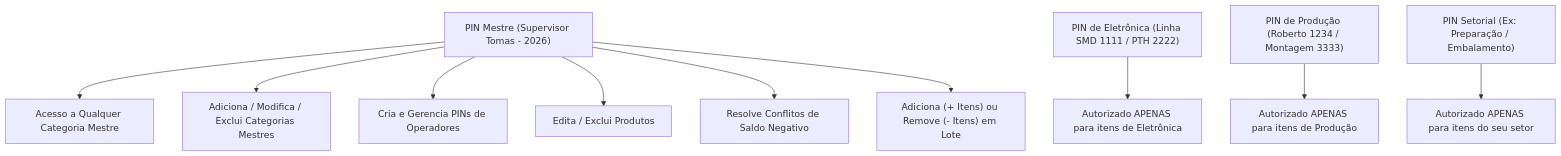
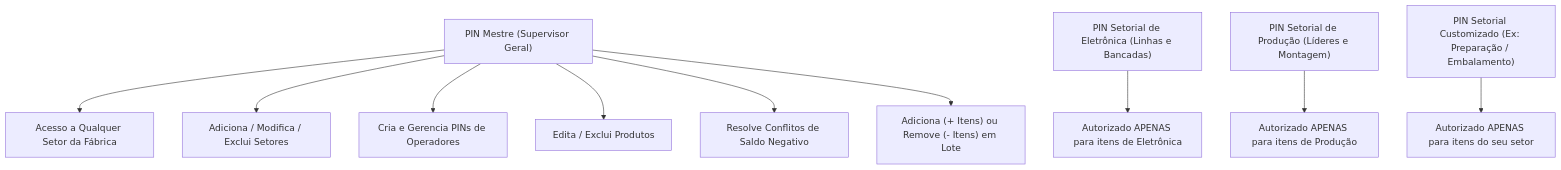
The diagram in MANUAL_DE_USO.md (tomi-pereyra/luxpryme-stock), drawn with Mermaid before and after one commit. The commit also changed other lines of this file and 11 other files, not shown here.

Commit message:
refactor: renomear 'categoria mestre' para 'setor' e expurgar exemplos de PIN do manual

````diff
--- a/MANUAL_DE_USO.md
+++ b/MANUAL_DE_USO.md
@@ -66,13 +66,13 @@
 ```mermaid
 flowchart TD
-    A["PIN Mestre (Supervisor Tomas - 2026)"] --> B["Acesso a Qualquer Categoria Mestre"]
-    A --> C["Adiciona / Modifica / Exclui Categorias Mestres"]
+    A["PIN Mestre (Supervisor Geral)"] --> B["Acesso a Qualquer Setor da Fábrica"]
+    A --> C["Adiciona / Modifica / Exclui Setores"]
     A --> D["Cria e Gerencia PINs de Operadores"]
     A --> E["Edita / Exclui Produtos"]
     A --> F["Resolve Conflitos de Saldo Negativo"]
     A --> G["Adiciona (+ Itens) ou Remove (- Itens) em Lote"]
     
-    H["PIN de Eletrônica (Linha SMD 1111 / PTH 2222)"] --> I["Autorizado APENAS para itens de Eletrônica"]
-    J["PIN de Produção (Roberto 1234 / Montagem 3333)"] --> K["Autorizado APENAS para itens de Produção"]
-    L["PIN Setorial (Ex: Preparação / Embalamento)"] --> M["Autorizado APENAS para itens do seu setor"]
+    H["PIN Setorial de Eletrônica (Linhas e Bancadas)"] --> I["Autorizado APENAS para itens de Eletrônica"]
+    J["PIN Setorial de Produção (Líderes e Montagem)"] --> K["Autorizado APENAS para itens de Produção"]
+    L["PIN Setorial Customizado (Ex: Preparação / Embalamento)"] --> M["Autorizado APENAS para itens do seu setor"]
 ```
````
